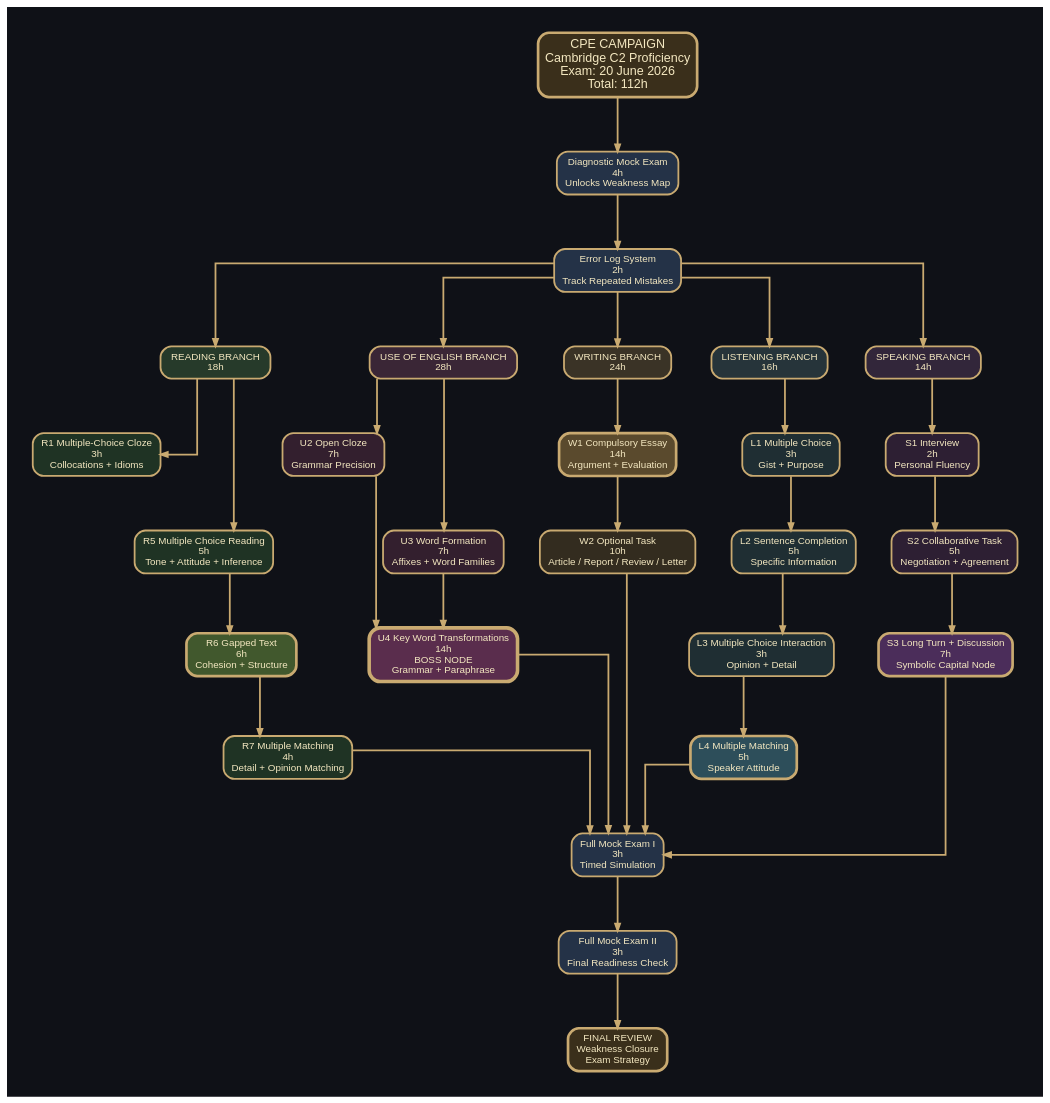
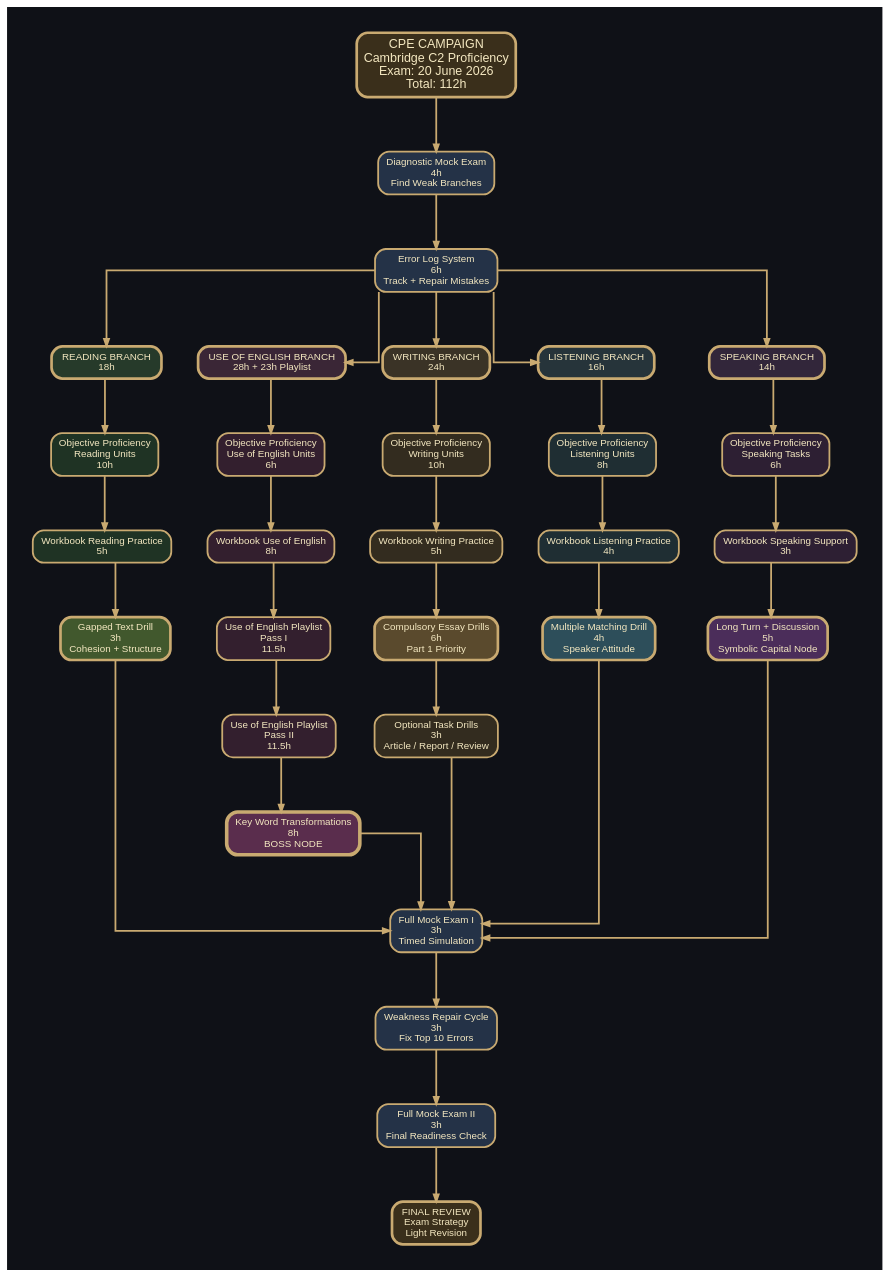
Before and after one commit to igor-mitrovic/Planning: the diagram in CPE.dot, drawn with Graphviz.

Commit message:
add focus tree with resources

```diff
--- a/CPE.dot
+++ b/CPE.dot
@@ -1,4 +1,4 @@
-digraph CPE_Focus_Tree {
+digraph CPE_Official_Branch_Focus_Tree {
     graph [
         rankdir=TB,
         splines=ortho,
@@ -26,6 +26,10 @@
         arrowsize=0.8
     ];
 
+    // =========================
+    // ROOT / META
+    // =========================
+
     CPE [
         label="CPE CAMPAIGN\nCambridge C2 Proficiency\nExam: 20 June 2026\nTotal: 112h",
         fillcolor="#3a2f1b",
@@ -34,41 +38,50 @@
     ];
 
     Diagnostic [
-        label="Diagnostic Mock Exam\n4h\nUnlocks Weakness Map",
+        label="Diagnostic Mock Exam\n4h\nFind Weak Branches",
         fillcolor="#243247"
     ];
 
     ErrorLog [
-        label="Error Log System\n2h\nTrack Repeated Mistakes",
+        label="Error Log System\n6h\nTrack + Repair Mistakes",
         fillcolor="#243247"
     ];
 
     CPE -> Diagnostic;
     Diagnostic -> ErrorLog;
 
+    // =========================
+    // OFFICIAL SCORE BRANCHES
+    // =========================
+
     ReadingCore [
         label="READING BRANCH\n18h",
-        fillcolor="#263a2a"
+        fillcolor="#263a2a",
+        penwidth=3
     ];
 
     UseCore [
-        label="USE OF ENGLISH BRANCH\n28h",
-        fillcolor="#3a2636"
+        label="USE OF ENGLISH BRANCH\n28h + 23h Playlist",
+        fillcolor="#3a2636",
+        penwidth=3
     ];
 
     WritingCore [
         label="WRITING BRANCH\n24h",
-        fillcolor="#3a3326"
+        fillcolor="#3a3326",
+        penwidth=3
     ];
 
     ListeningCore [
         label="LISTENING BRANCH\n16h",
-        fillcolor="#26343a"
+        fillcolor="#26343a",
+        penwidth=3
     ];
 
     SpeakingCore [
         label="SPEAKING BRANCH\n14h",
-        fillcolor="#32263a"
+        fillcolor="#32263a",
+        penwidth=3
     ];
 
     ErrorLog -> ReadingCore;
@@ -78,131 +91,142 @@
     ErrorLog -> SpeakingCore;
 
     // =========================
-    // READING NODES
+    // READING BRANCH
     // =========================
 
-    R1 [
-        label="R1 Multiple-Choice Cloze\n3h\nCollocations + Idioms",
+    SBReading [
+        label="Objective Proficiency\nReading Units\n10h",
         fillcolor="#1f3324"
     ];
 
-    R5 [
-        label="R5 Multiple Choice Reading\n5h\nTone + Attitude + Inference",
+    WBReading [
+        label="Workbook Reading Practice\n5h",
         fillcolor="#1f3324"
     ];
 
     R6 [
-        label="R6 Gapped Text\n6h\nCohesion + Structure",
+        label="Gapped Text Drill\n3h\nCohesion + Structure",
         fillcolor="#41582d",
         penwidth=3
     ];
 
-    R7 [
-        label="R7 Multiple Matching\n4h\nDetail + Opinion Matching",
-        fillcolor="#1f3324"
-    ];
-
-    ReadingCore -> R1;
-    ReadingCore -> R5;
-    R5 -> R6;
-    R6 -> R7;
+    ReadingCore -> SBReading;
+    SBReading -> WBReading;
+    WBReading -> R6;
 
     // =========================
-    // USE OF ENGLISH NODES
+    // USE OF ENGLISH BRANCH
     // =========================
 
-    U2 [
-        label="U2 Open Cloze\n7h\nGrammar Precision",
+    SBUoE [
+        label="Objective Proficiency\nUse of English Units\n6h",
         fillcolor="#331f2e"
     ];
 
-    U3 [
-        label="U3 Word Formation\n7h\nAffixes + Word Families",
+    WBUoE [
+        label="Workbook Use of English\n8h",
         fillcolor="#331f2e"
     ];
 
-    U4 [
-        label="U4 Key Word Transformations\n14h\nBOSS NODE\nGrammar + Paraphrase",
+    PlaylistPass1 [
+        label="Use of English Playlist\nPass I\n11.5h",
+        fillcolor="#331f2e"
+    ];
+
+    PlaylistPass2 [
+        label="Use of English Playlist\nPass II\n11.5h",
+        fillcolor="#331f2e"
+    ];
+
+    Transformations [
+        label="Key Word Transformations\n8h\nBOSS NODE",
         fillcolor="#5a2d4d",
         penwidth=4
     ];
 
-    UseCore -> U2;
-    UseCore -> U3;
-    U2 -> U4;
-    U3 -> U4;
+    UseCore -> SBUoE;
+    SBUoE -> WBUoE;
+    WBUoE -> PlaylistPass1;
+    PlaylistPass1 -> PlaylistPass2;
+    PlaylistPass2 -> Transformations;
 
     // =========================
-    // WRITING NODES
+    // WRITING BRANCH
     // =========================
 
-    W1 [
-        label="W1 Compulsory Essay\n14h\nArgument + Evaluation",
+    SBWriting [
+        label="Objective Proficiency\nWriting Units\n10h",
+        fillcolor="#332c1f"
+    ];
+
+    WBWriting [
+        label="Workbook Writing Practice\n5h",
+        fillcolor="#332c1f"
+    ];
+
+    EssayDrills [
+        label="Compulsory Essay Drills\n6h\nPart 1 Priority",
         fillcolor="#5a4a2d",
         penwidth=3
     ];
 
-    W2 [
-        label="W2 Optional Task\n10h\nArticle / Report / Review / Letter",
+    OptionalWriting [
+        label="Optional Task Drills\n3h\nArticle / Report / Review",
         fillcolor="#332c1f"
     ];
 
-    WritingCore -> W1;
-    W1 -> W2;
+    WritingCore -> SBWriting;
+    SBWriting -> WBWriting;
+    WBWriting -> EssayDrills;
+    EssayDrills -> OptionalWriting;
 
     // =========================
-    // LISTENING NODES
+    // LISTENING BRANCH
     // =========================
 
-    L1 [
-        label="L1 Multiple Choice\n3h\nGist + Purpose",
+    SBListening [
+        label="Objective Proficiency\nListening Units\n8h",
         fillcolor="#1f2e33"
     ];
 
-    L2 [
-        label="L2 Sentence Completion\n5h\nSpecific Information",
-        fillcolor="#1f2e33"
-    ];
-
-    L3 [
-        label="L3 Multiple Choice Interaction\n3h\nOpinion + Detail",
+    WBListening [
+        label="Workbook Listening Practice\n4h",
         fillcolor="#1f2e33"
     ];
 
     L4 [
-        label="L4 Multiple Matching\n5h\nSpeaker Attitude",
+        label="Multiple Matching Drill\n4h\nSpeaker Attitude",
         fillcolor="#2d4e5a",
         penwidth=3
     ];
 
-    ListeningCore -> L1;
-    L1 -> L2;
-    L2 -> L3;
-    L3 -> L4;
+    ListeningCore -> SBListening;
+    SBListening -> WBListening;
+    WBListening -> L4;
 
     // =========================
-    // SPEAKING NODES
+    // SPEAKING BRANCH
     // =========================
 
-    S1 [
-        label="S1 Interview\n2h\nPersonal Fluency",
+    SBSpeaking [
+        label="Objective Proficiency\nSpeaking Tasks\n6h",
         fillcolor="#2d1f33"
     ];
 
-    S2 [
-        label="S2 Collaborative Task\n5h\nNegotiation + Agreement",
+    WBSpeaking [
+        label="Workbook Speaking Support\n3h",
         fillcolor="#2d1f33"
     ];
 
-    S3 [
-        label="S3 Long Turn + Discussion\n7h\nSymbolic Capital Node",
+    LongTurn [
+        label="Long Turn + Discussion\n5h\nSymbolic Capital Node",
         fillcolor="#4b2d5a",
         penwidth=3
     ];
 
-    SpeakingCore -> S1;
-    S1 -> S2;
-    S2 -> S3;
+    SpeakingCore -> SBSpeaking;
+    SBSpeaking -> WBSpeaking;
+    WBSpeaking -> LongTurn;
 
     // =========================
     // FINAL INTEGRATION
@@ -213,29 +237,39 @@
         fillcolor="#243247"
     ];
 
+    Repair [
+        label="Weakness Repair Cycle\n3h\nFix Top 10 Errors",
+        fillcolor="#243247"
+    ];
+
     Mock2 [
         label="Full Mock Exam II\n3h\nFinal Readiness Check",
         fillcolor="#243247"
     ];
 
     FinalReview [
-        label="FINAL REVIEW\nWeakness Closure\nExam Strategy",
+        label="FINAL REVIEW\nExam Strategy\nLight Revision",
         fillcolor="#3a2f1b",
         penwidth=3
     ];
 
-    R7 -> Mock1;
-    U4 -> Mock1;
-    W2 -> Mock1;
+    R6 -> Mock1;
+    Transformations -> Mock1;
+    OptionalWriting -> Mock1;
     L4 -> Mock1;
-    S3 -> Mock1;
+    LongTurn -> Mock1;
 
-    Mock1 -> Mock2;
+    Mock1 -> Repair;
+    Repair -> Mock2;
     Mock2 -> FinalReview;
 
+    // =========================
+    // RANKING FOR VISUAL BALANCE
+    // =========================
+
     { rank=same; ReadingCore; UseCore; WritingCore; ListeningCore; SpeakingCore; }
-    { rank=same; R1; U2; W1; L1; S1; }
-    { rank=same; R5; U3; W2; L2; S2; }
-    { rank=same; R6; U4; L3; S3; }
-    { rank=same; R7; L4; }
+    { rank=same; SBReading; SBUoE; SBWriting; SBListening; SBSpeaking; }
+    { rank=same; WBReading; WBUoE; WBWriting; WBListening; WBSpeaking; }
+    { rank=same; R6; PlaylistPass1; EssayDrills; L4; LongTurn; }
+    { rank=same; PlaylistPass2; OptionalWriting; }
 }
```
